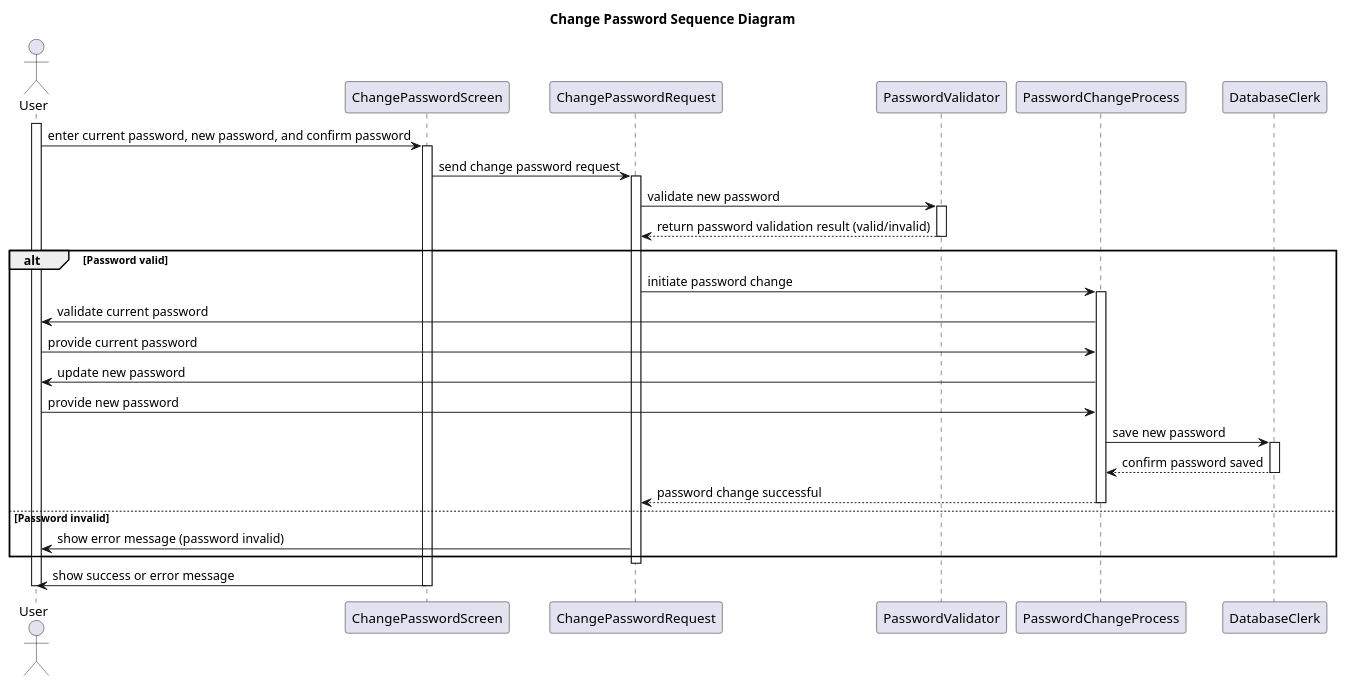
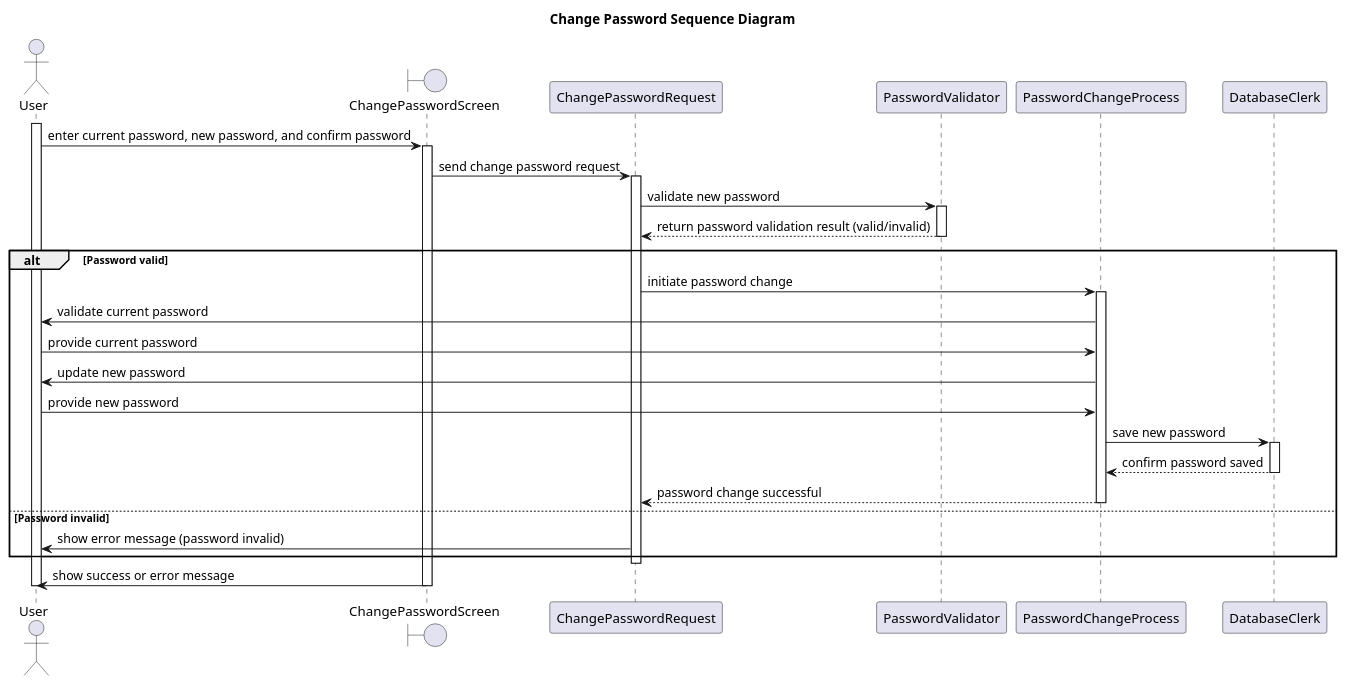
One commit to Caothuludau/InSyncDocument changed the diagram in ClassDiagram/Authentication/ChangePasswordSequenceDiagram.plantuml. Above: the diagram before and after it, drawn with PlantUML. The commit also changed 22 other files, not shown here.

```diff
--- a/ClassDiagram/Authentication/ChangePasswordSequenceDiagram.plantuml
+++ b/ClassDiagram/Authentication/ChangePasswordSequenceDiagram.plantuml
@@ -1,52 +1,52 @@
 @startuml ChangePasswordSequenceDiagram
 skinparam classAttributeIconSize 0
 Title Change Password Sequence Diagram
 'Character	Visibility
 '-			private
 '#			protected
 '~			package private
 '+			public
 
 'Extension	<|--	Quan hệ mở rộng từ (là extends hoặc implements nhưng ko có annotations trong code)
 'Composition	*--	 Quan hệ gắn kết chặt chẽ : part - of
 'Aggregation	o--	Quan hệ liên kết giữa hai thực thể : use, has
 
 ' Include các file vào trong file để sử dụng'
 actor User as u
-participant ChangePasswordScreen as cps
+boundary ChangePasswordScreen as cps
 participant ChangePasswordRequest as cpr
 participant PasswordValidator as pv
 participant PasswordChangeProcess as pcp
 participant DatabaseClerk as db
 
 activate u
 u -> cps : enter current password, new password, and confirm password
 activate cps
 cps -> cpr : send change password request
 activate cpr
 cpr -> pv : validate new password
 activate pv
 pv --> cpr : return password validation result (valid/invalid)
 deactivate pv
 alt Password valid
     cpr -> pcp : initiate password change
     activate pcp
     pcp -> u : validate current password
     u -> pcp : provide current password
     pcp -> u : update new password
     u -> pcp : provide new password
     pcp -> db : save new password
     activate db
     db --> pcp : confirm password saved
     deactivate db
     pcp --> cpr : password change successful
     deactivate pcp
 else Password invalid
     cpr -> u : show error message (password invalid)
 end
 deactivate cpr
 cps -> u : show success or error message
 deactivate cps
 deactivate u
 
 @enduml
```
